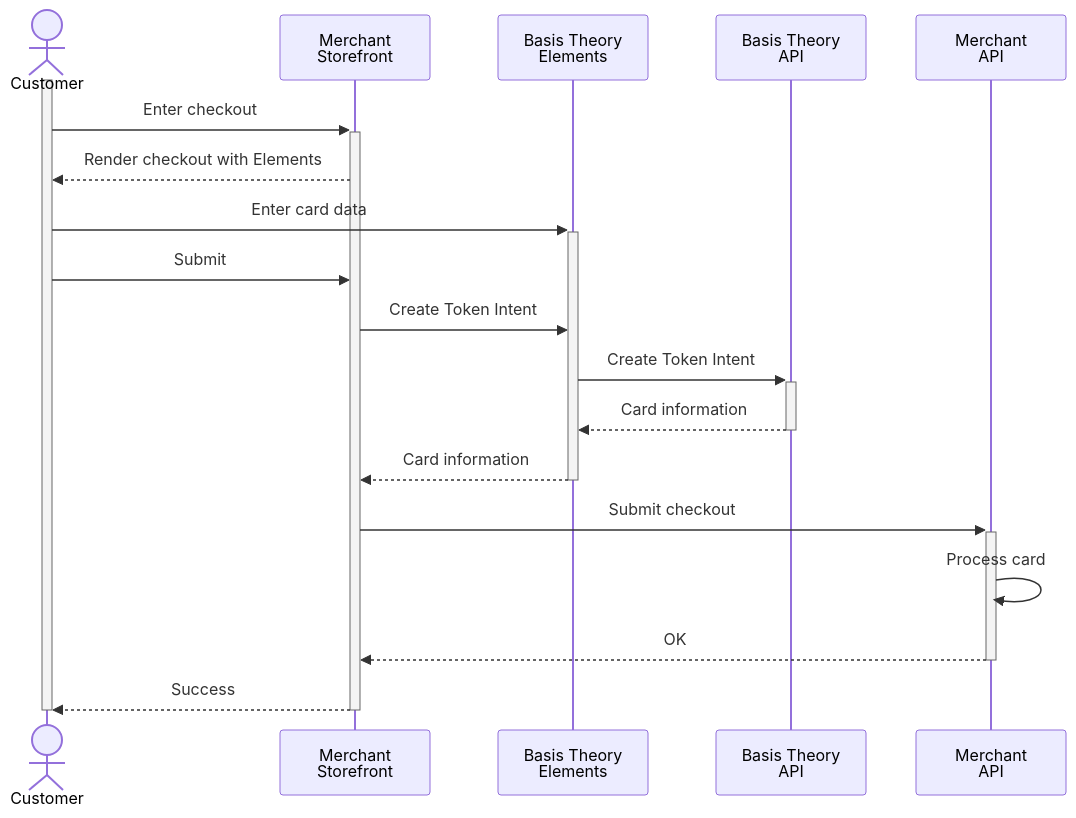
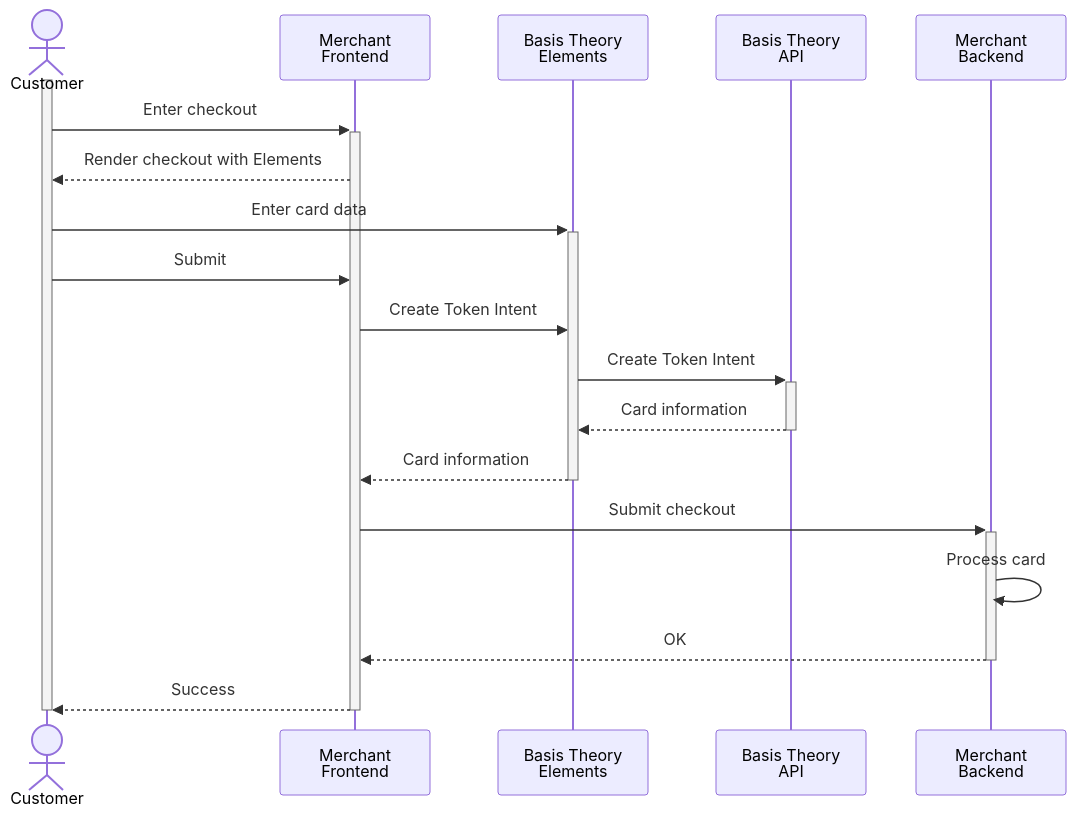
One commit to Basis-Theory/developers.basistheory.com changed the diagram in docs/card-payments/sections/_collect-cards-section.mdx. Above: the diagram before and after it, drawn with Mermaid. The commit also changed 10 other files, not shown here.

````diff
--- a/docs/card-payments/sections/_collect-cards-section.mdx
+++ b/docs/card-payments/sections/_collect-cards-section.mdx
@@ -11,23 +11,23 @@
 ```mermaid
   sequenceDiagram
     actor customer as Customer
-    participant storefront as Merchant<br>Storefront
+    participant frontend as Merchant<br>Frontend
     participant bte as Basis Theory<br>Elements
     participant bapi as Basis Theory<br>API
-    participant mapi as Merchant<br>API
+    participant mbe as Merchant<br>Backend
 
     activate customer
-    customer ->>+ storefront: Enter checkout
-    storefront -->> customer: Render checkout with Elements
+    customer ->>+ frontend: Enter checkout
+    frontend -->> customer: Render checkout with Elements
     customer ->>+ bte: Enter card data
-    customer ->> storefront: Submit
-    storefront ->> bte: Create Token Intent
+    customer ->> frontend: Submit
+    frontend ->> bte: Create Token Intent
     bte ->>+ bapi: Create Token Intent
     bapi -->>- bte:  Card information
-    bte -->>- storefront: Card information
-    storefront ->>+ mapi: Submit checkout
-    mapi ->> mapi: Process card
-    mapi -->>- storefront: OK
-    storefront -->>- customer: Success
+    bte -->>- frontend: Card information
+    frontend ->>+ mbe: Submit checkout
+    mbe ->> mbe: Process card
+    mbe -->>- frontend: OK
+    frontend -->>- customer: Success
     deactivate customer
 ```
````
